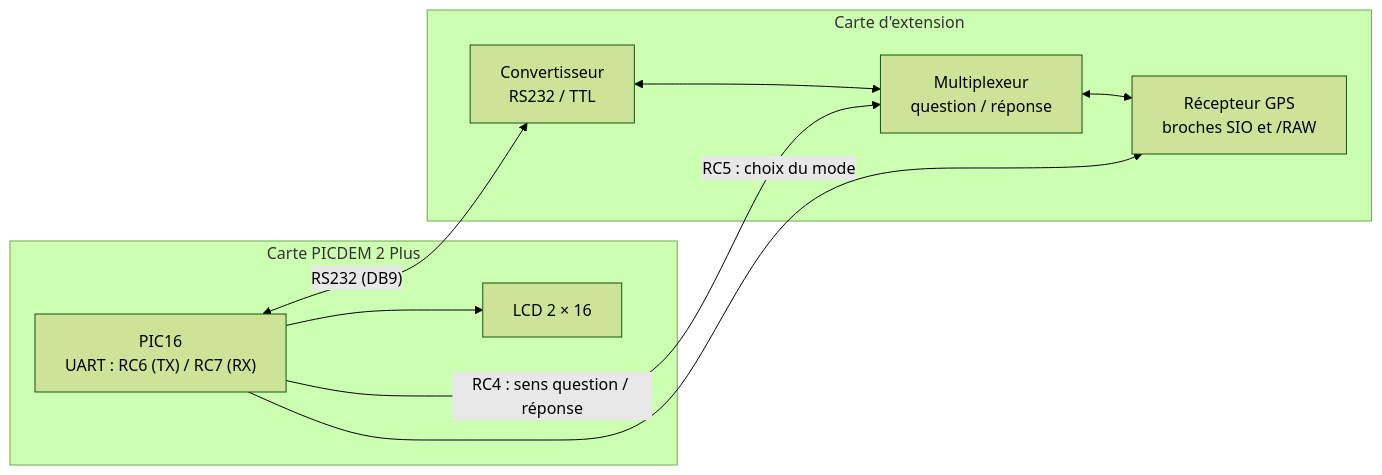
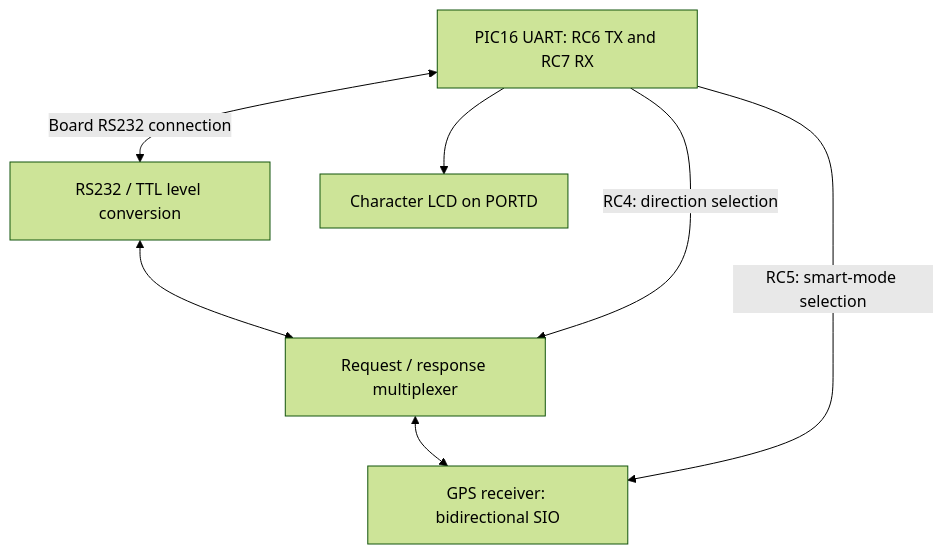
Before and after one commit to tedjelmoulksn-dotcom/GPS_Microcontroller: the diagram in README.md, drawn with Mermaid (forest theme). The commit also changed other lines of this file, not shown here.

Commit message:
docs: document PIC UART and GPS binary protocol in technical English

````diff
--- a/README.md
+++ b/README.md
@@ -44,18 +45,9 @@
 ```mermaid
-flowchart LR
-    subgraph PICDEM["Carte PICDEM 2 Plus"]
-        PIC["PIC16<br/>UART : RC6 (TX) / RC7 (RX)"]
-        LCD["LCD 2 × 16"]
-        PIC --> LCD
-    end
-    subgraph EXT["Carte d'extension"]
-        CONV["Convertisseur<br/>RS232 / TTL"]
-        MUX["Multiplexeur<br/>question / réponse"]
-        GPS["Récepteur GPS<br/>broches SIO et /RAW"]
-        CONV <--> MUX
-        MUX <--> GPS
-    end
-    PIC <-- "RS232 (DB9)" --> CONV
-    PIC -- "RC4 : sens question / réponse" --> MUX
-    PIC -- "RC5 : choix du mode" --> GPS
+flowchart TD
+    P["PIC16 UART: RC6 TX and RC7 RX"] <-->|"Board RS232 connection"| C["RS232 / TTL level conversion"]
+    C <--> M["Request / response multiplexer"]
+    M <--> G["GPS receiver: bidirectional SIO"]
+    P --> L["Character LCD on PORTD"]
+    P -->|"RC4: direction selection"| M
+    P -->|"RC5: smart-mode selection"| G
 ```
````
